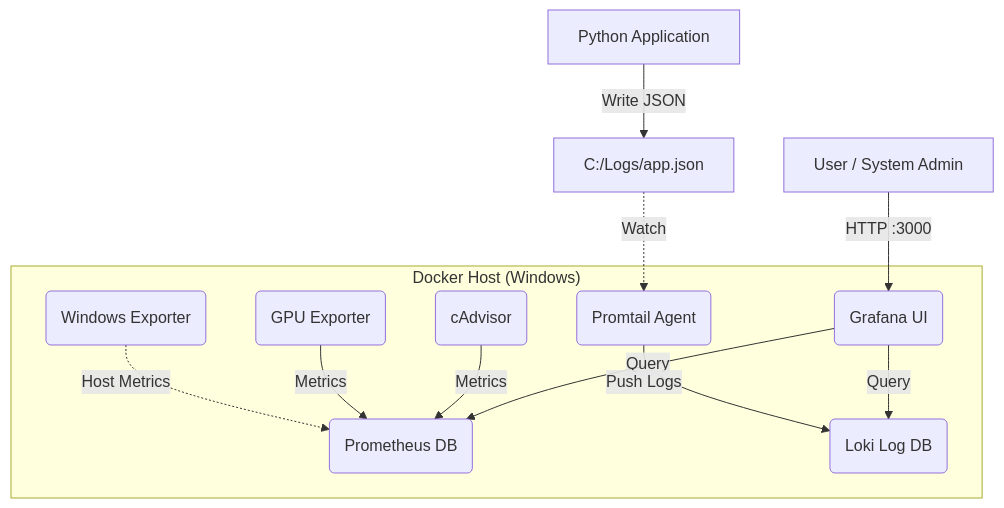
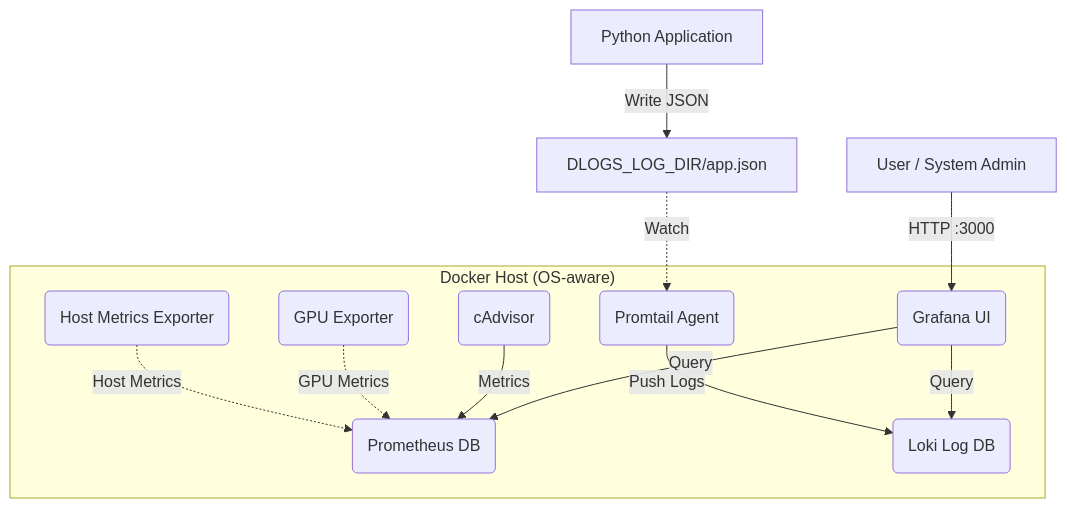
One commit to divyesh1099/dLogs changed the diagram in docs/technical/architecture.md. Above: the diagram before and after it, drawn with Mermaid. The commit also changed other lines of this file and 19 other files, not shown here.

First line of the commit message:
feat: Implement host and GPU exporters for enhanced metrics collection

````diff
--- a/docs/technical/architecture.md
+++ b/docs/technical/architecture.md
@@ -7,19 +7,18 @@
 ```mermaid
 graph TD
     User[User / System Admin] -->|HTTP :3000| Grafana(Grafana UI)
 
-    subgraph "Docker Host (Windows)"
+    subgraph "Docker Host (OS-aware)"
         Grafana -->|Query| Prometheus(Prometheus DB)
         Grafana -->|Query| Loki(Loki Log DB)
 
         Promtail(Promtail Agent) -->|Push Logs| Loki
 
         cAdvisor(cAdvisor) -->|Metrics| Prometheus
-        Nvidia(GPU Exporter) -->|Metrics| Prometheus
-
-        WinExp(Windows Exporter) -.->|Host Metrics| Prometheus
+        GpuExp(GPU Exporter) -.->|GPU Metrics| Prometheus
+        HostExp(Host Metrics Exporter) -.->|Host Metrics| Prometheus
     end
 
-    PyApp[Python Application] -->|Write JSON| LogFile[C:/Logs/app.json]
+    PyApp[Python Application] -->|Write JSON| LogFile[DLOGS_LOG_DIR/app.json]
     LogFile -.->|Watch| Promtail
 ```
````
